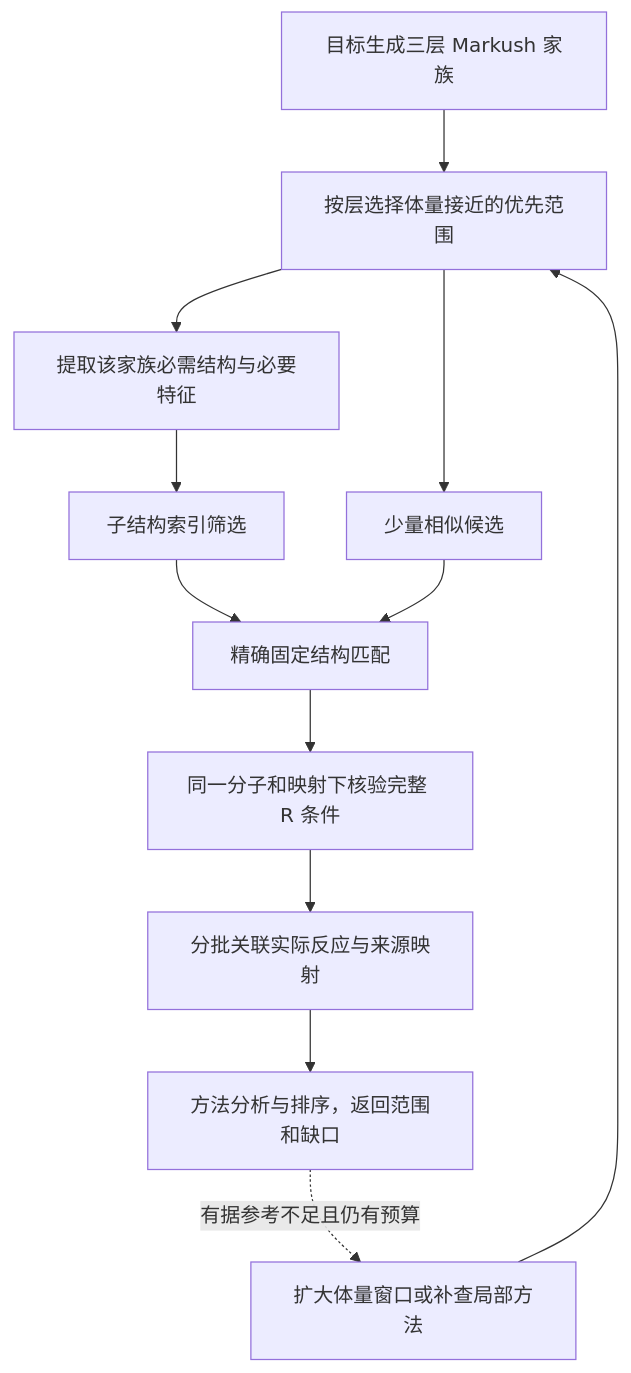
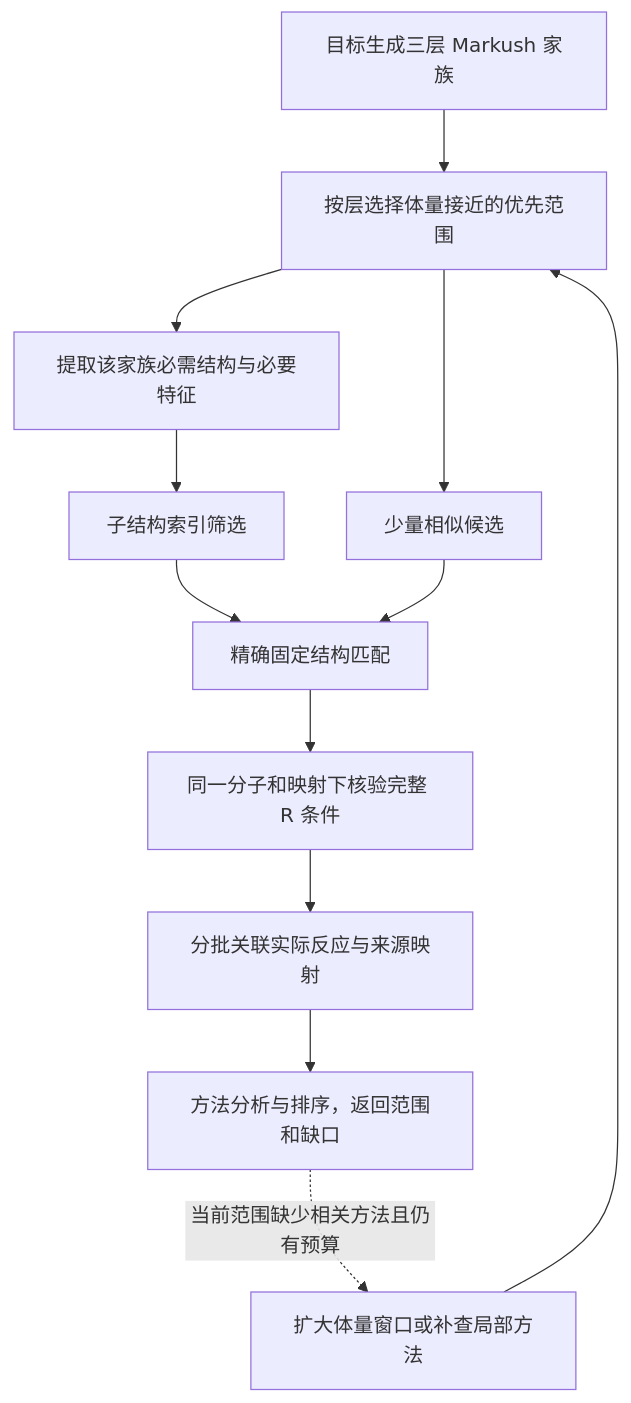
The second of 2 diagrams in implementation_plan.md (825728139/substructure_search), drawn with Mermaid before and after one commit. The commit also changed other lines of this file and 17 other files, not shown here.

````diff
--- a/implementation_plan.md
+++ b/implementation_plan.md
@@ -340,14 +343,14 @@
 ```mermaid
 flowchart TD
     QUERY[目标生成三层 Markush 家族] --> SCOPE[按层选择体量接近的优先范围]
     SCOPE --> NECESSARY[提取该家族必需结构与必要特征]
     NECESSARY --> INDEX[子结构索引筛选]
     INDEX --> GRAPH[精确固定结构匹配]
     SCOPE --> SIM[少量相似候选]
     SIM --> GRAPH
     GRAPH --> JOINT[同一分子和映射下核验完整 R 条件]
     JOINT --> REACTION[分批关联实际反应与来源映射]
     REACTION --> RESULT[方法分析与排序，返回范围和缺口]
-    RESULT -. 有据参考不足且仍有预算 .-> WIDEN[扩大体量窗口或补查局部方法]
+    RESULT -. 当前范围缺少相关方法且仍有预算 .-> WIDEN[扩大体量窗口或补查局部方法]
     WIDEN --> SCOPE
 ```
````
